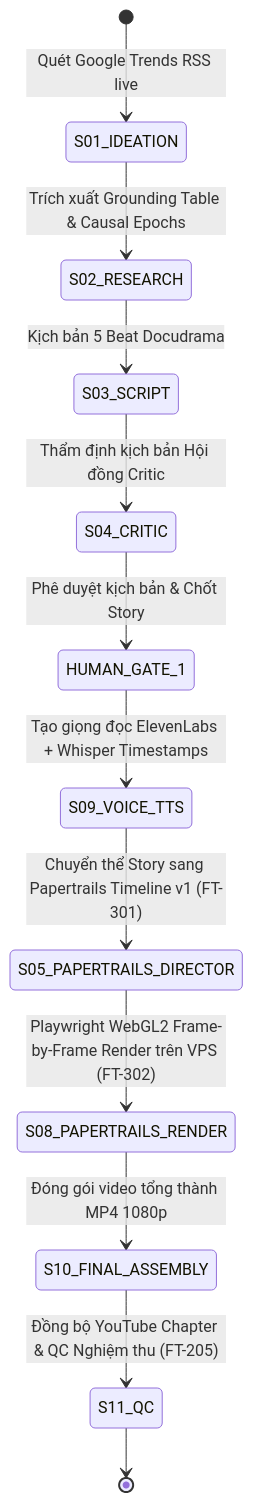
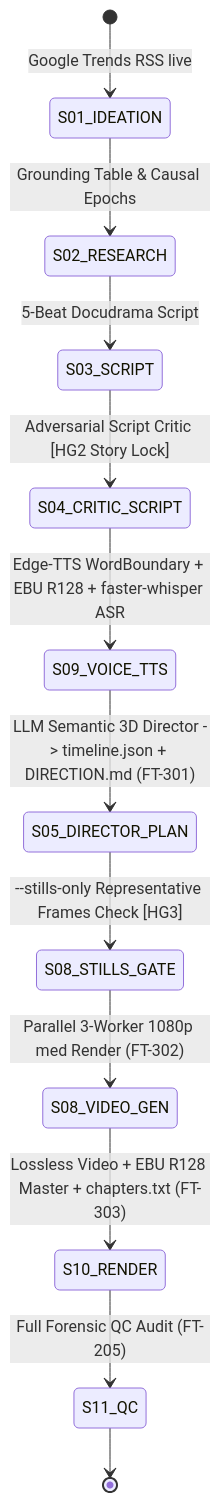
Before and after one commit to hoangdinhhungueh-droid/AI_Vifactory: the diagram in .harness/01_CONTRACTS.md, drawn with Mermaid. The commit also changed other lines of this file and 31 other files, not shown here.

Commit message:
feat(papertrails): overhaul post-HG1 into Voice-First Papertrails 3D pipeline

````diff
--- a/.harness/01_CONTRACTS.md
+++ b/.harness/01_CONTRACTS.md
@@ -10,14 +10,14 @@
 ```mermaid
 stateDiagram-v2
-    [*] --> S01_IDEATION : Quét Google Trends RSS live
-    S01_IDEATION --> S02_RESEARCH : Trích xuất Grounding Table & Causal Epochs
-    S02_RESEARCH --> S03_SCRIPT : Kịch bản 5 Beat Docudrama
-    S03_SCRIPT --> S04_CRITIC : Thẩm định kịch bản Hội đồng Critic
-    S04_CRITIC --> HUMAN_GATE_1 : Phê duyệt kịch bản & Chốt Story
-    HUMAN_GATE_1 --> S09_VOICE_TTS : Tạo giọng đọc ElevenLabs + Whisper Timestamps
-    S09_VOICE_TTS --> S05_PAPERTRAILS_DIRECTOR : Chuyển thể Story sang Papertrails Timeline v1 (FT-301)
-    S05_PAPERTRAILS_DIRECTOR --> S08_PAPERTRAILS_RENDER : Playwright WebGL2 Frame-by-Frame Render trên VPS (FT-302)
-    S08_PAPERTRAILS_RENDER --> S10_FINAL_ASSEMBLY : Đóng gói video tổng thành MP4 1080p
-    S10_FINAL_ASSEMBLY --> S11_QC : Đồng bộ YouTube Chapter & QC Nghiệm thu (FT-205)
+    [*] --> S01_IDEATION : Google Trends RSS live
+    S01_IDEATION --> S02_RESEARCH : Grounding Table & Causal Epochs
+    S02_RESEARCH --> S03_SCRIPT : 5-Beat Docudrama Script
+    S03_SCRIPT --> S04_CRITIC_SCRIPT : Adversarial Script Critic [HG2 Story Lock]
+    S04_CRITIC_SCRIPT --> S09_VOICE_TTS : Edge-TTS WordBoundary + EBU R128 + faster-whisper ASR
+    S09_VOICE_TTS --> S05_DIRECTOR_PLAN : LLM Semantic 3D Director -> timeline.json + DIRECTION.md (FT-301)
+    S05_DIRECTOR_PLAN --> S08_STILLS_GATE : --stills-only Representative Frames Check [HG3]
+    S08_STILLS_GATE --> S08_VIDEO_GEN : Parallel 3-Worker 1080p med Render (FT-302)
+    S08_VIDEO_GEN --> S10_RENDER : Lossless Video + EBU R128 Master + chapters.txt (FT-303)
+    S10_RENDER --> S11_QC : Full Forensic QC Audit (FT-205)
     S11_QC --> [*]
 ```
````
